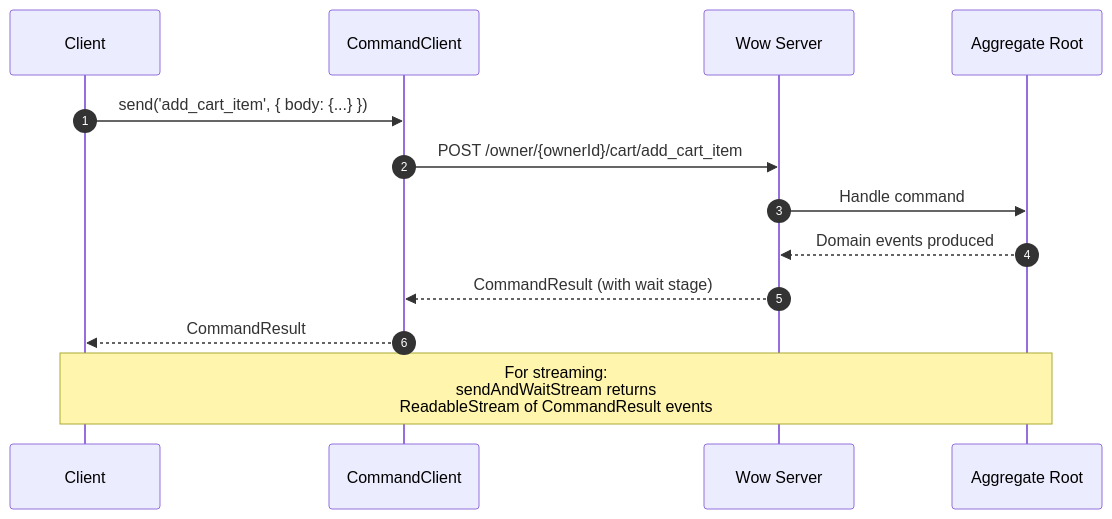
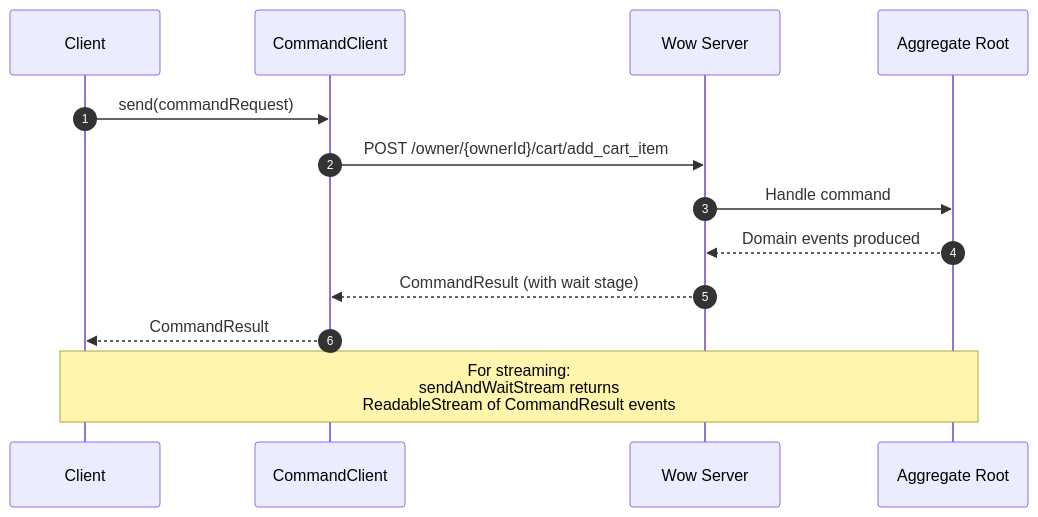
The third of 4 diagrams in wiki/packages/wow.md (Ahoo-Wang/fetcher), drawn with Mermaid before and after one commit. The commit also changed other lines of this file and 36 other files, not shown here.

````diff
--- a/wiki/packages/wow.md
+++ b/wiki/packages/wow.md
@@ -180,18 +180,18 @@
 ```mermaid
 sequenceDiagram
 autonumber
 
     participant C as Client
     participant CC as CommandClient
     participant S as Wow Server
     participant AGG as Aggregate Root
 
-    C->>CC: send('add_cart_item', { body: {...} })
+    C->>CC: send(commandRequest)
     CC->>S: POST /owner/{ownerId}/cart/add_cart_item
     S->>AGG: Handle command
     AGG-->>S: Domain events produced
     S-->>CC: CommandResult (with wait stage)
     CC-->>C: CommandResult
 
     Note over C,AGG: For streaming:<br>sendAndWaitStream returns<br>ReadableStream of CommandResult events
 ```
````
